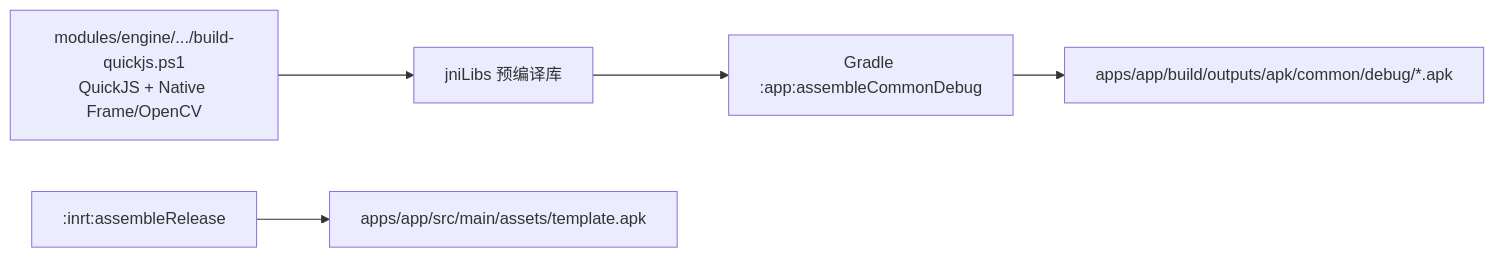
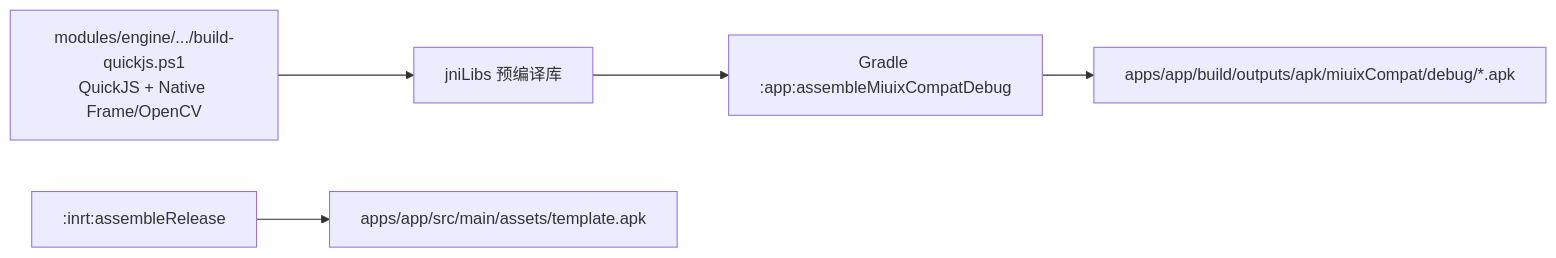
Before and after one commit to Jdkshen/ai.js-pro: the diagram in docs/guides/编译指南.md, drawn with Mermaid. The commit also changed other lines of this file and 13 other files, not shown here.

````diff
--- a/docs/guides/编译指南.md
+++ b/docs/guides/编译指南.md
@@ -9,7 +9,7 @@
 ```mermaid
 flowchart LR
     B["modules/engine/.../build-quickjs.ps1<br/>QuickJS + Native Frame/OpenCV"] --> C[jniLibs 预编译库]
-    C --> D["Gradle :app:assembleCommonDebug"]
-    D --> E["apps/app/build/outputs/apk/common/debug/*.apk"]
+    C --> D["Gradle :app:assembleMiuixCompatDebug"]
+    D --> E["apps/app/build/outputs/apk/miuixCompat/debug/*.apk"]
     F[":inrt:assembleRelease"] --> G["apps/app/src/main/assets/template.apk"]
 ```
````
